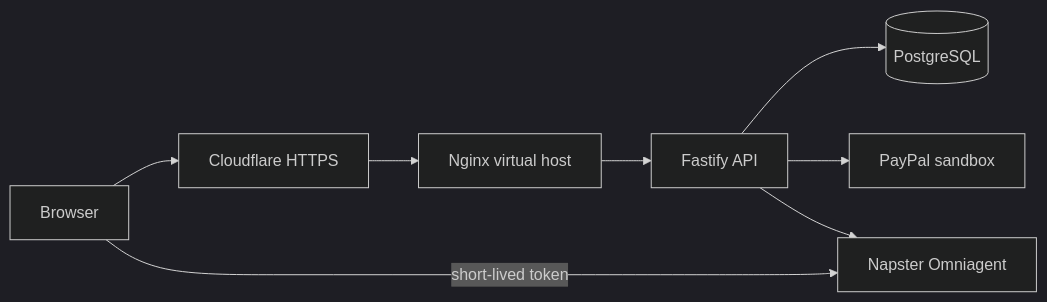
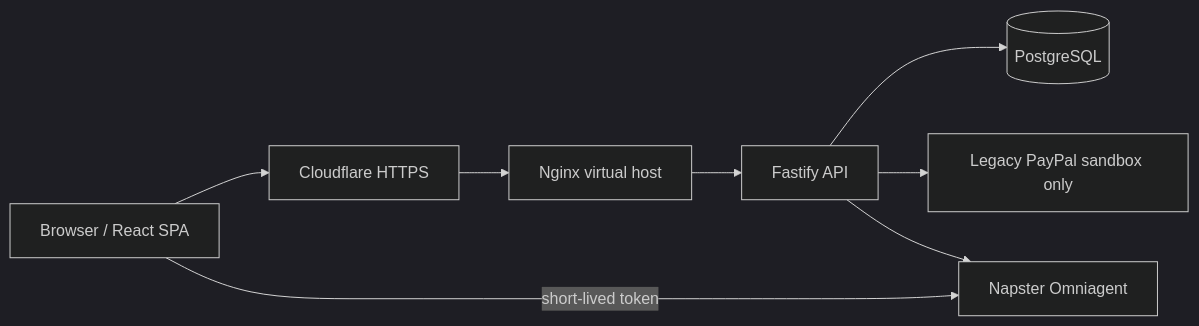
The first of 2 diagrams in docs/ARCHITECTURE.md (jlmawyin/fiestapay), drawn with Mermaid (dark theme) before and after one commit. The commit also changed other lines of this file and 7 other files, not shown here.

````diff
--- a/docs/ARCHITECTURE.md
+++ b/docs/ARCHITECTURE.md
@@ -5,10 +5,10 @@
 ```mermaid
 flowchart LR
-  Browser[Browser] --> CF[Cloudflare HTTPS]
+  Browser[Browser / React SPA] --> CF[Cloudflare HTTPS]
   CF --> Nginx[Nginx virtual host]
   Nginx --> API[Fastify API]
   API --> DB[(PostgreSQL)]
-  API --> PayPal[PayPal sandbox]
+  API --> PayPal[Legacy PayPal sandbox only]
   API --> Napster[Napster Omniagent]
   Browser -->|short-lived token| Napster
 ```
````
